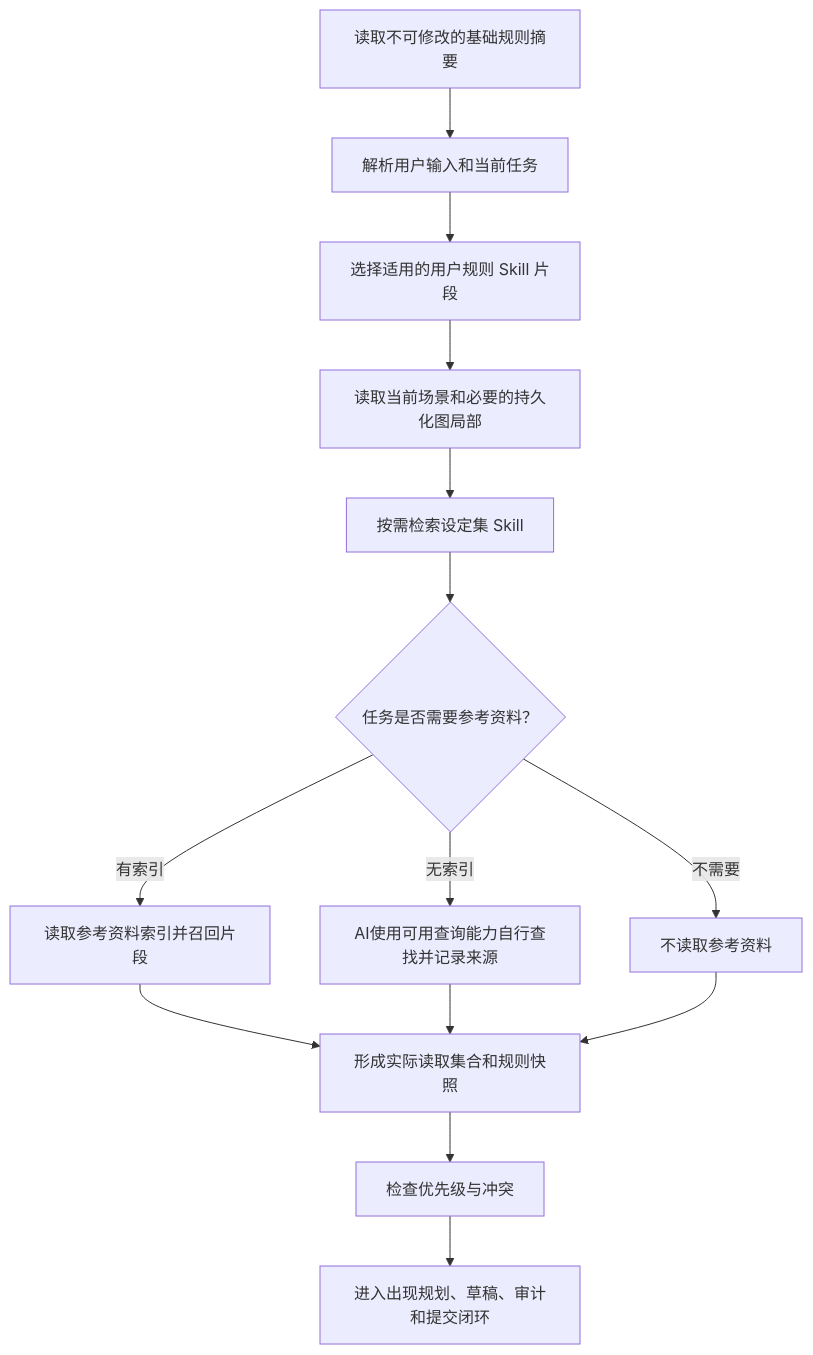
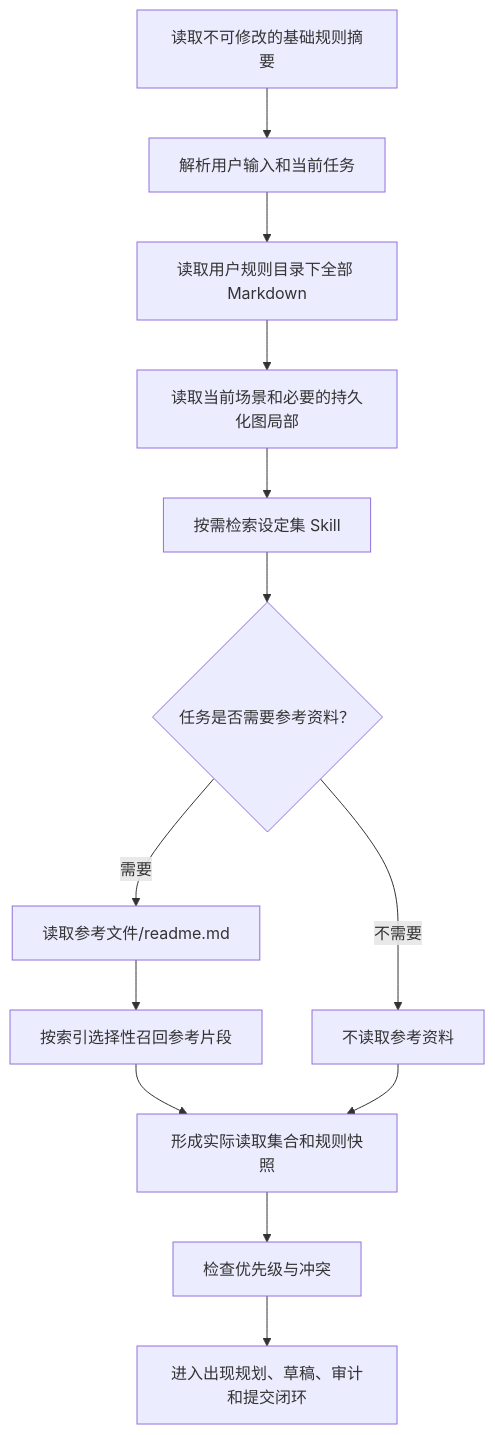
The diagram in docs/rule-and-source-layers.md (LastEmbryo2950618641/WorldSeed), drawn with Mermaid before and after one commit. The commit also changed other lines of this file and 124 other files, not shown here.

````diff
--- a/docs/rule-and-source-layers.md
+++ b/docs/rule-and-source-layers.md
@@ -154,16 +164,15 @@
 ```mermaid
 flowchart TD
     A["读取不可修改的基础规则摘要"] --> B["解析用户输入和当前任务"]
-    B --> C["选择适用的用户规则 Skill 片段"]
+    B --> C["读取用户规则目录下全部 Markdown"]
     C --> D["读取当前场景和必要的持久化图局部"]
     D --> E["按需检索设定集 Skill"]
     E --> F{"任务是否需要参考资料？"}
-    F -->|有索引| G["读取参考资料索引并召回片段"]
-    F -->|无索引| H["AI使用可用查询能力自行查找并记录来源"]
+    F -->|需要| G["读取参考文件/readme.md"]
+    G --> H["按索引选择性召回参考片段"]
     F -->|不需要| I["不读取参考资料"]
-    G --> J["形成实际读取集合和规则快照"]
-    H --> J
+    H --> J["形成实际读取集合和规则快照"]
     I --> J
     J --> K["检查优先级与冲突"]
     K --> L["进入出现规划、草稿、审计和提交闭环"]
 ```
````
